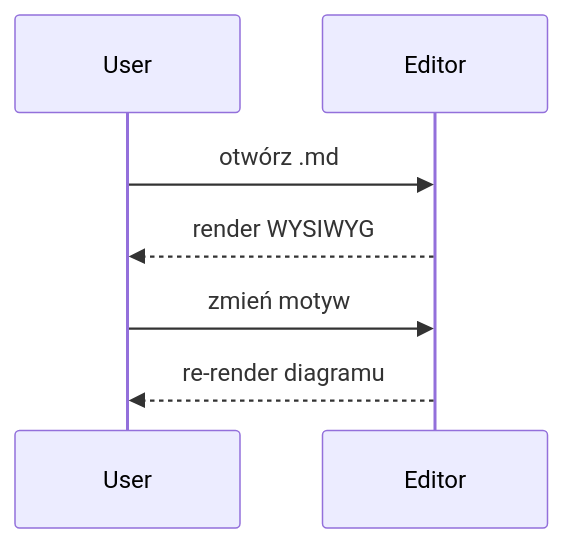
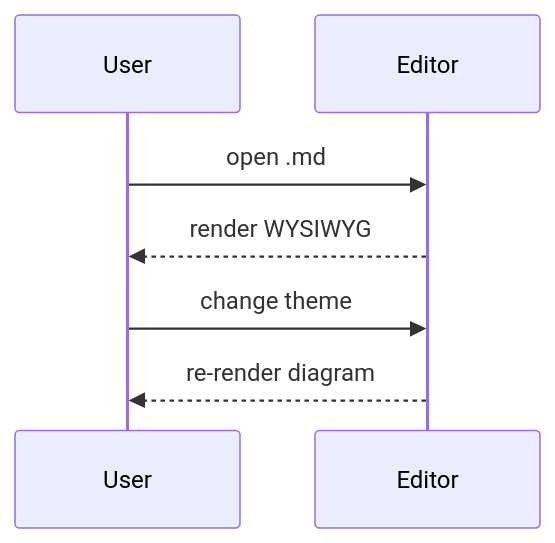
Before and after one commit to spiochacz/vmarkd-visual-markdown-editor: the second of 7 diagrams in test/vscode-e2e/fixtures/all-renderers.md, drawn with Mermaid. The commit also changed other lines of this file and 43 other files, not shown here.

First line of the commit message:
feat(d2): offline D2 diagram renderer with dagre + ELK layout engines

````diff
--- a/test/vscode-e2e/fixtures/all-renderers.md
+++ b/test/vscode-e2e/fixtures/all-renderers.md
@@ -56,9 +56,9 @@
 ```mermaid
 sequenceDiagram
   participant U as User
   participant E as Editor
-  U->>E: otwórz .md
+  U->>E: open .md
   E-->>U: render WYSIWYG
-  U->>E: zmień motyw
-  E-->>U: re-render diagramu
+  U->>E: change theme
+  E-->>U: re-render diagram
 ```
````
